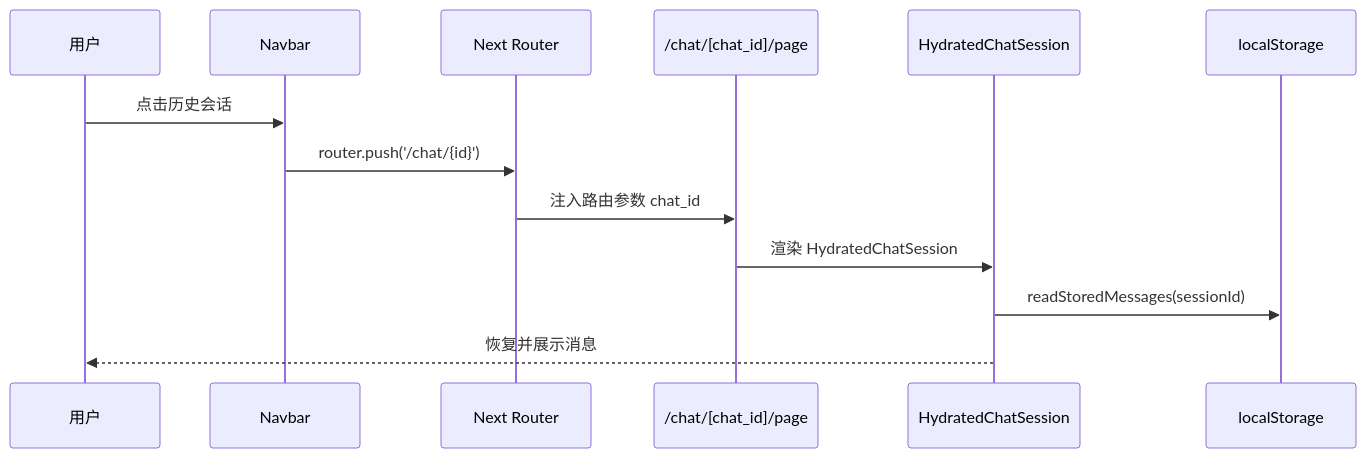
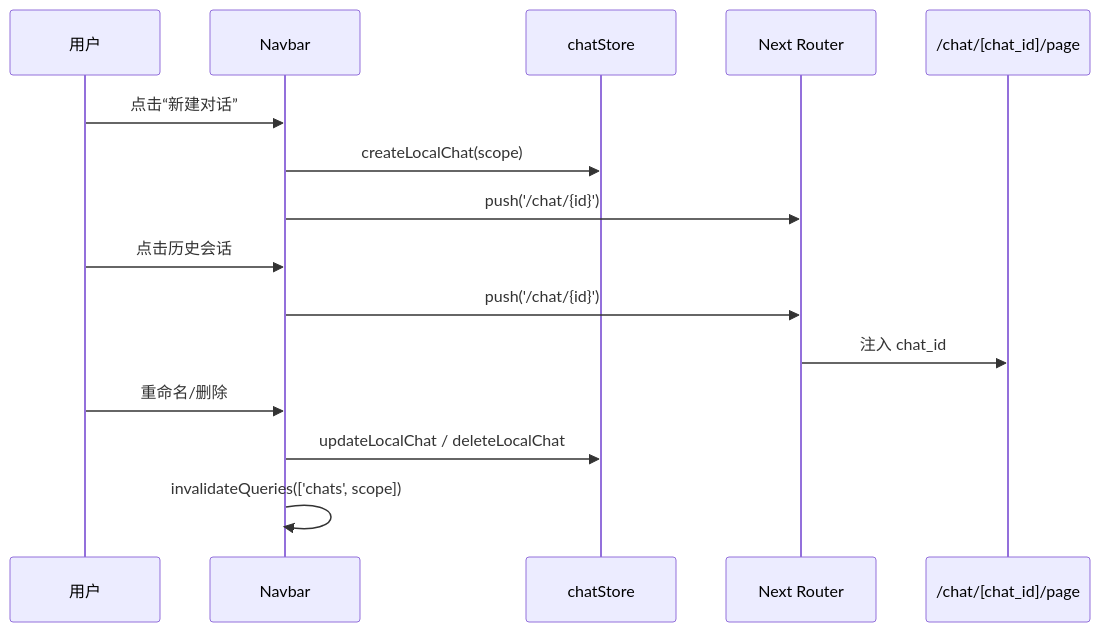
The third of 3 diagrams in docs/page-structure.md (alicesainta-sketch/deepscan), drawn with Mermaid before and after one commit. The commit also changed other lines of this file and 4 other files, not shown here.

Commit message:
chore(core): 同步精简文档并补充 chatStore 单测

````diff
--- a/docs/page-structure.md
+++ b/docs/page-structure.md
@@ -100,16 +58,20 @@
 ```mermaid
 sequenceDiagram
     participant U as 用户
     participant N as Navbar
+    participant S as chatStore
     participant R as Next Router
     participant P as /chat/[chat_id]/page
-    participant HS as HydratedChatSession
-    participant LS as localStorage
+
+    U->>N: 点击“新建对话”
+    N->>S: createLocalChat(scope)
+    N->>R: push('/chat/{id}')
 
     U->>N: 点击历史会话
-    N->>R: router.push('/chat/{id}')
-    R->>P: 注入路由参数 chat_id
-    P->>HS: 渲染 HydratedChatSession
-    HS->>LS: readStoredMessages(sessionId)
-    HS-->>U: 恢复并展示消息
+    N->>R: push('/chat/{id}')
+    R->>P: 注入 chat_id
+
+    U->>N: 重命名/删除
+    N->>S: updateLocalChat / deleteLocalChat
+    N->>N: invalidateQueries(['chats', scope])
 ```
````
